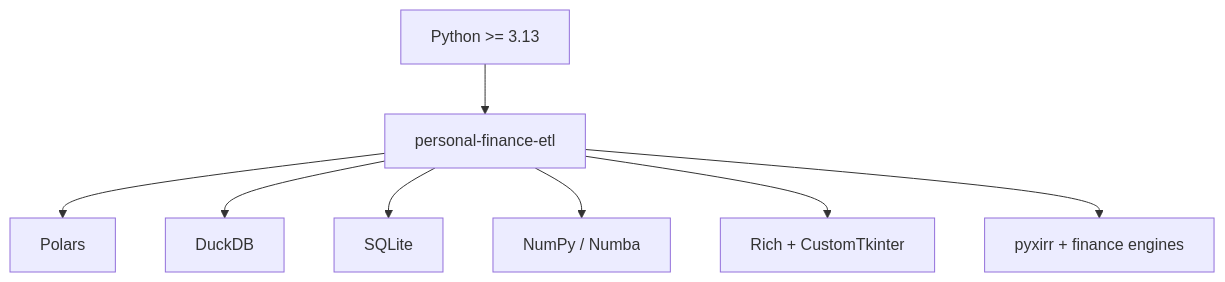
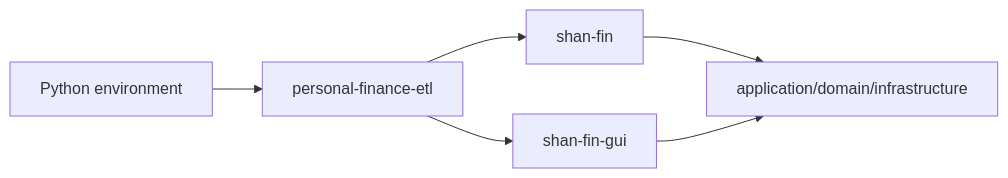
One commit to tks18/personal-finance-etl changed the diagram in docs/getting-started/installation.md. Above: the diagram before and after it, drawn with Mermaid. The commit also changed other lines of this file and 3 other files, not shown here.

````diff
--- a/docs/getting-started/installation.md
+++ b/docs/getting-started/installation.md
@@ -11,10 +28,13 @@
 ```mermaid
-flowchart TB
-    PY[Python >= 3.13] --> PKG[personal-finance-etl]
-    PKG --> POLARS[Polars]
-    PKG --> DUCK[DuckDB]
-    PKG --> SQLITE[SQLite]
-    PKG --> NUMPY[NumPy / Numba]
-    PKG --> UI[Rich + CustomTkinter]
-    PKG --> FIN[pyxirr + finance engines]
+flowchart LR
+    PY["Python environment"]
+    PKG["personal-finance-etl"]
+    CLI["shan-fin"]
+    GUI["shan-fin-gui"]
+    CORE["application/domain/infrastructure"]
+
+    PY --> PKG --> CLI
+    PKG --> GUI
+    CLI --> CORE
+    GUI --> CORE
 ```
````
